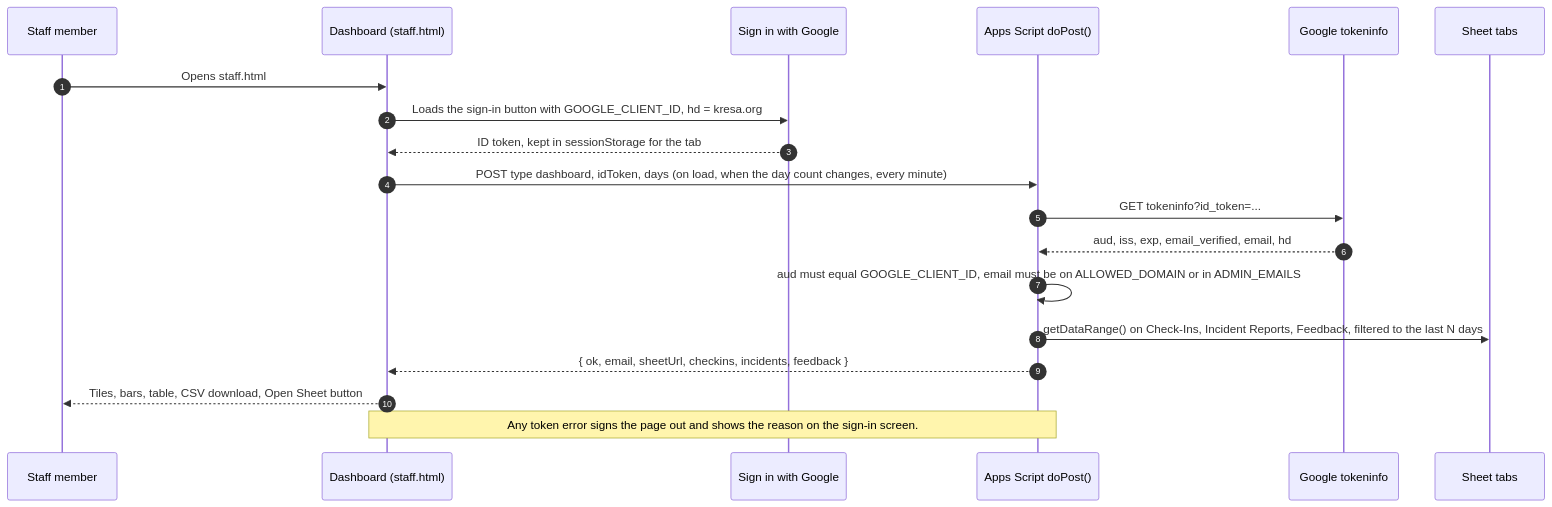
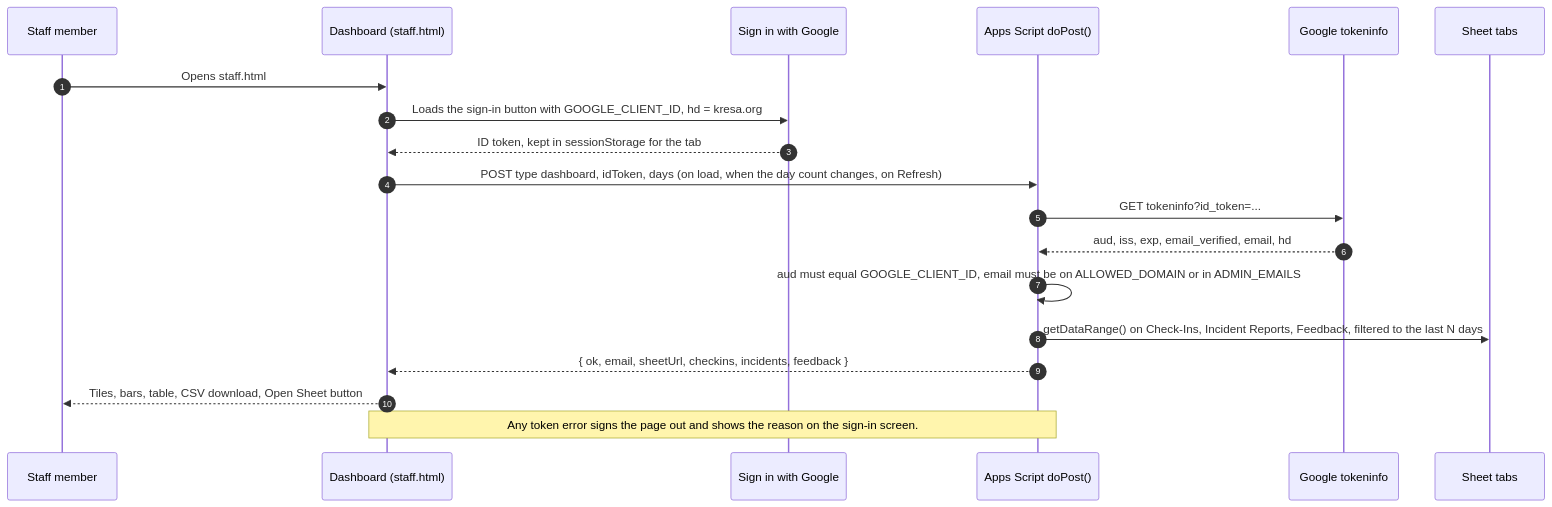
Before and after one commit to REMC12W/panther-pride-checkin: the third of 3 diagrams in README.md, drawn with Mermaid. The commit also changed 1 other file, not shown here.

Commit message:
Staff dashboard: turn off the one-minute auto-refresh
The Refresh button still reloads data. Status text and the README
diagram now say so.

Claude-Session: https://claude.ai/code/session_01N4Hm8BTyP2dwuQmQVdwdRQ

````diff
--- a/README.md
+++ b/README.md
@@ -123,22 +123,22 @@
 ```mermaid
 sequenceDiagram
   autonumber
   participant U as Staff member
   participant D as Dashboard (staff.html)
   participant G as Sign in with Google
   participant A as Apps Script doPost()
   participant V as Google tokeninfo
   participant SH as Sheet tabs
 
   U->>D: Opens staff.html
   D->>G: Loads the sign-in button with GOOGLE_CLIENT_ID, hd = kresa.org
   G-->>D: ID token, kept in sessionStorage for the tab
-  D->>A: POST type dashboard, idToken, days (on load, when the day count changes, every minute)
+  D->>A: POST type dashboard, idToken, days (on load, when the day count changes, on Refresh)
   A->>V: GET tokeninfo?id_token=...
   V-->>A: aud, iss, exp, email_verified, email, hd
   A->>A: aud must equal GOOGLE_CLIENT_ID, email must be on ALLOWED_DOMAIN or in ADMIN_EMAILS
   A->>SH: getDataRange() on Check-Ins, Incident Reports, Feedback, filtered to the last N days
   A-->>D: { ok, email, sheetUrl, checkins, incidents, feedback }
   D-->>U: Tiles, bars, table, CSV download, Open Sheet button
   Note over D,A: Any token error signs the page out and shows the reason on the sign-in screen.
 ```
````
